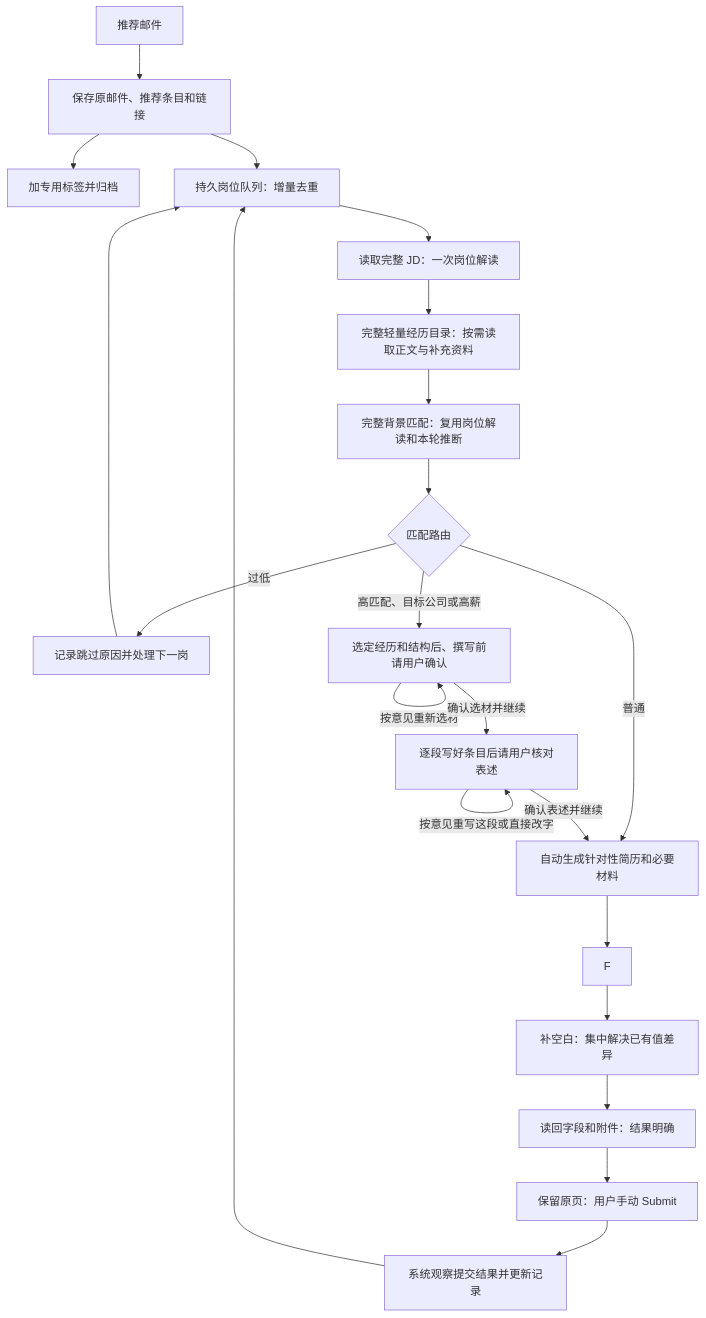
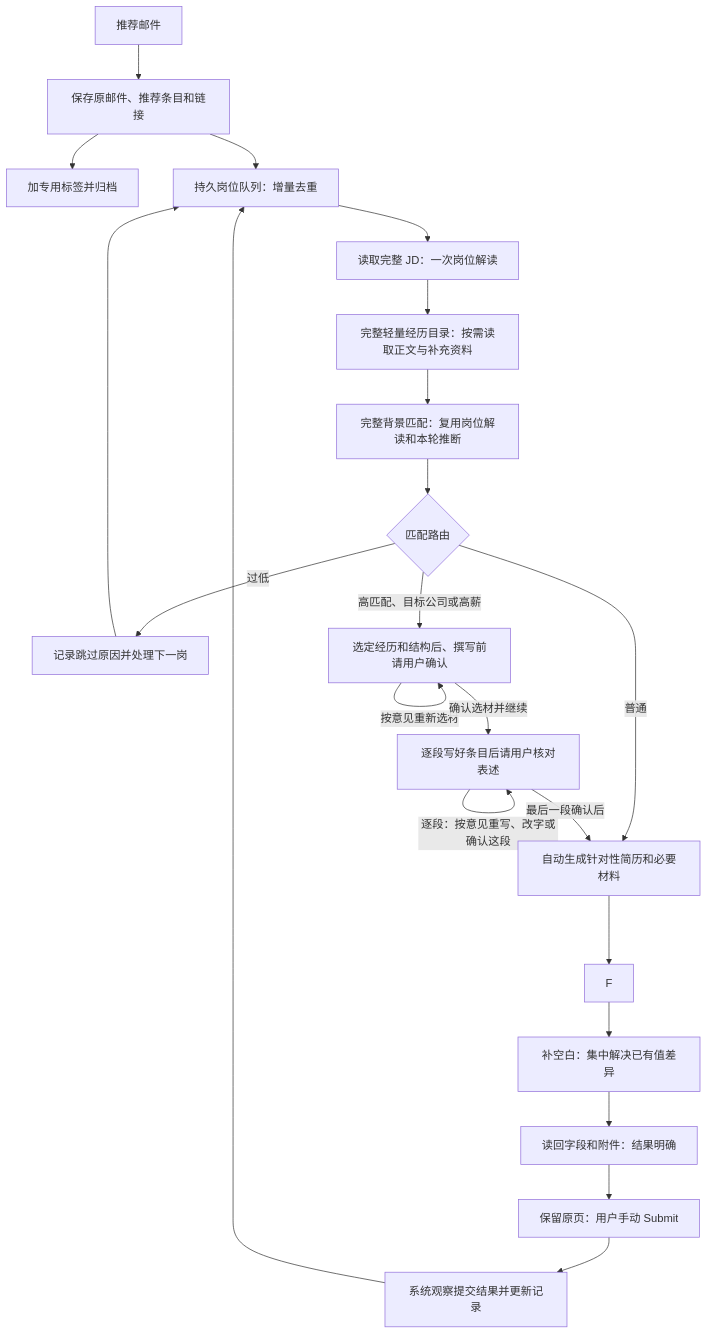
Before and after one commit to DengZhiyuan-math/TomorrowStar-OS: the diagram in docs/single-job-flow.md, drawn with Mermaid. The commit also changed other lines of this file and 8 other files, not shown here.

````diff
--- a/docs/single-job-flow.md
+++ b/docs/single-job-flow.md
@@ -28,24 +28,24 @@
 ```mermaid
 flowchart TD
     E[推荐邮件] --> I[保存原邮件、推荐条目和链接]
     I --> A[加专用标签并归档]
     I --> Q[持久岗位队列：增量去重]
     Q --> J[读取完整 JD：一次岗位解读]
     J --> D[完整轻量经历目录：按需读取正文与补充资料]
     D --> B[完整背景匹配：复用岗位解读和本轮推断]
     B --> R{匹配路由}
     R -->|过低| K[记录跳过原因并处理下一岗]
     R -->|普通| M[自动生成针对性简历和必要材料]
     R -->|高匹配、目标公司或高薪| H[选定经历和结构后、撰写前请用户确认]
     H -->|按意见重新选材| H
     H -->|确认选材并继续| W[逐段写好条目后请用户核对表述]
-    W -->|按意见重写这段或直接改字| W
-    W -->|确认表述并继续| M
+    W -->|逐段：按意见重写、改字或确认这段| W
+    W -->|最后一段确认后| M
     M --> F
     F --> V[补空白：集中解决已有值差异]
     V --> X[读回字段和附件：结果明确]
     X --> S[保留原页：用户手动 Submit]
     S --> O[系统观察提交结果并更新记录]
     O --> Q
     K --> Q
 ```
````
